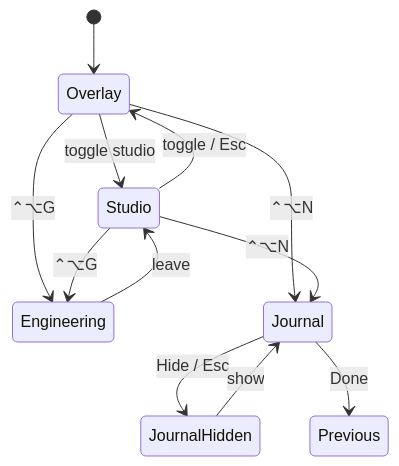
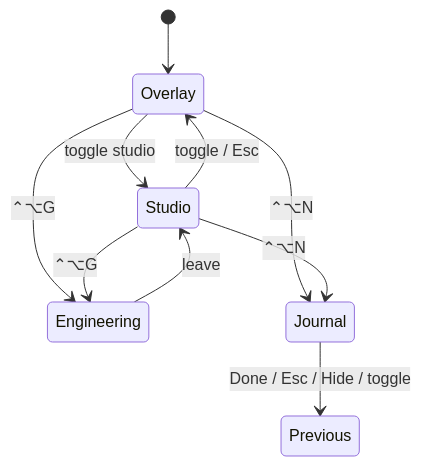
One commit to armineyvazi/inkbridge changed the first of 2 diagrams in docs/architecture/screen-lifecycle.md. Above: the diagram before and after it, drawn with Mermaid. The commit also changed other lines of this file and 14 other files, not shown here.

````diff
--- a/docs/architecture/screen-lifecycle.md
+++ b/docs/architecture/screen-lifecycle.md
@@ -27,14 +31,12 @@
 ```mermaid
 stateDiagram-v2
     [*] --> Overlay
     Overlay --> Studio: toggle studio
     Studio --> Overlay: toggle / Esc
     Overlay --> Engineering: ⌃⌥G
     Studio --> Engineering: ⌃⌥G
     Engineering --> Studio: leave
     Overlay --> Journal: ⌃⌥N
     Studio --> Journal: ⌃⌥N
-    Journal --> JournalHidden: Hide / Esc
-    JournalHidden --> Journal: show
-    Journal --> Previous: Done
+    Journal --> Previous: Done / Esc / Hide / toggle
 ```
````
